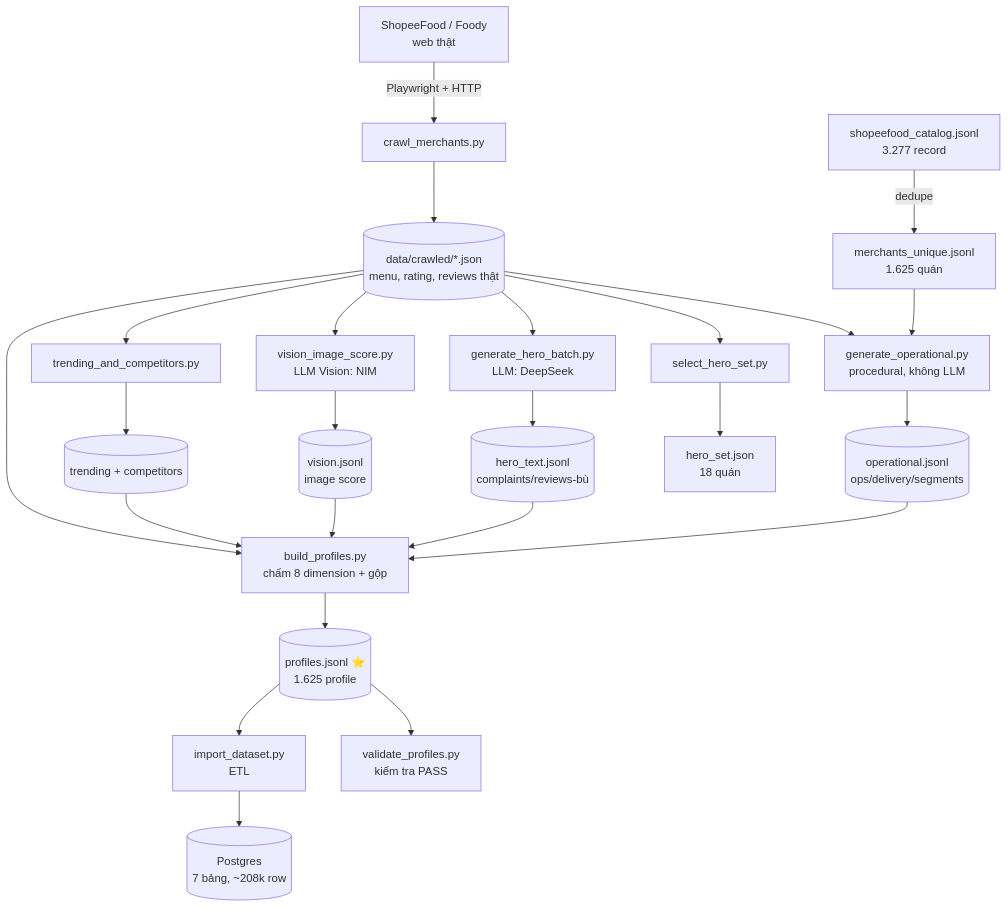
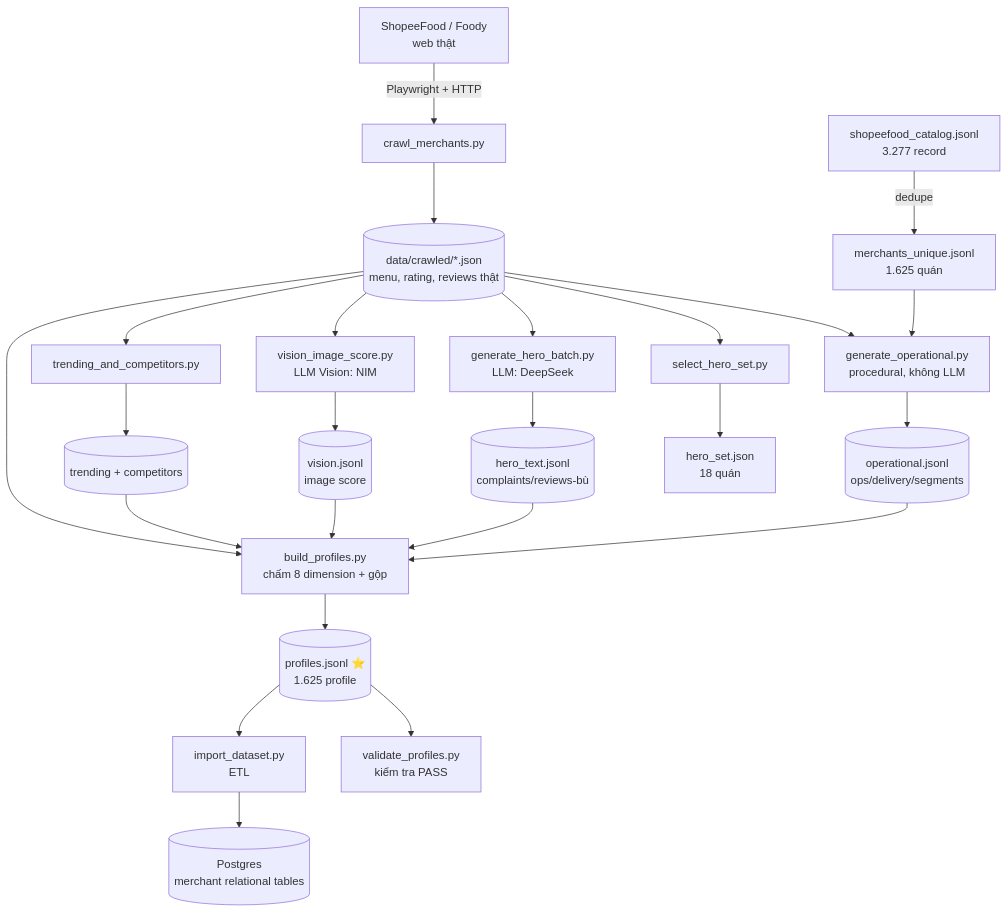
One commit to HieuGM/VSF_Merchant_Management_AI changed the diagram in docs/data-pipeline-and-dictionary.md. Above: the diagram before and after it, drawn with Mermaid. The commit also changed other lines of this file and 108 other files, not shown here.

````diff
--- a/docs/data-pipeline-and-dictionary.md
+++ b/docs/data-pipeline-and-dictionary.md
@@ -15,17 +15,17 @@
 ```mermaid
 flowchart TD
     A[ShopeeFood / Foody<br/>web thật] -->|Playwright + HTTP| B[crawl_merchants.py]
     B --> C[(data/crawled/*.json<br/>menu, rating, reviews thật)]
     A2[shopeefood_catalog.jsonl<br/>3.277 record] -->|dedupe| D[merchants_unique.jsonl<br/>1.625 quán]
     C --> E[generate_operational.py<br/>procedural, không LLM]
     D --> E
     E --> F[(operational.jsonl<br/>ops/delivery/segments)]
     C --> G[select_hero_set.py] --> H[hero_set.json<br/>18 quán]
     C --> I[generate_hero_batch.py<br/>LLM: DeepSeek] --> J[(hero_text.jsonl<br/>complaints/reviews-bù)]
     C --> K[vision_image_score.py<br/>LLM Vision: NIM] --> L[(vision.jsonl<br/>image score)]
     C --> M[trending_and_competitors.py] --> N[(trending + competitors)]
     C & F & J & L & N --> O[build_profiles.py<br/>chấm 8 dimension + gộp]
     O --> P[(profiles.jsonl ⭐<br/>1.625 profile)]
     P --> Q[validate_profiles.py<br/>kiểm tra PASS]
-    P --> R[import_dataset.py<br/>ETL] --> S[(Postgres<br/>7 bảng, ~208k row)]
+    P --> R[import_dataset.py<br/>ETL] --> S[(Postgres<br/>merchant relational tables)]
 ```
````
